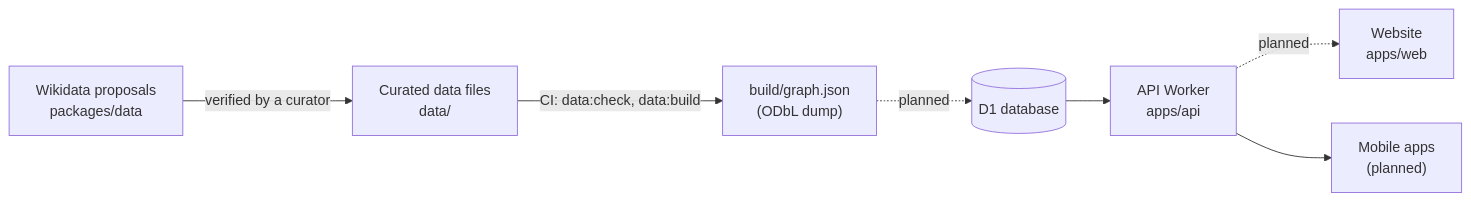
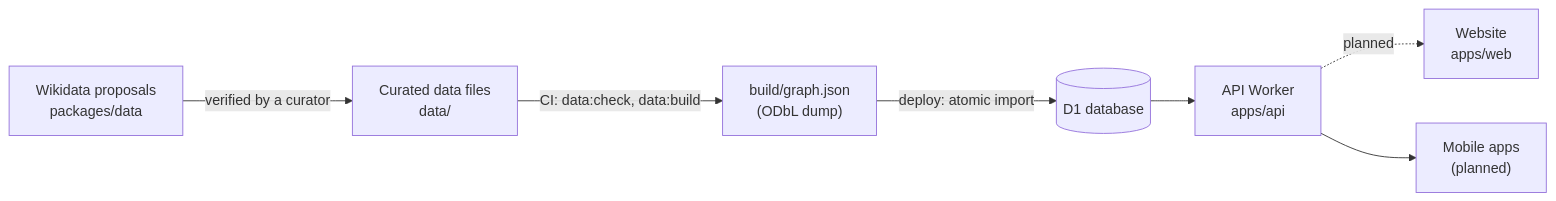
Before and after one commit to areksh/ownerfinder: the diagram in docs/architecture.md, drawn with Mermaid. The commit also changed other lines of this file and 2 other files, not shown here.

````diff
--- a/docs/architecture.md
+++ b/docs/architecture.md
@@ -15,9 +15,9 @@
 ```mermaid
 flowchart LR
   ingest["Wikidata proposals<br/>packages/data"] -->|verified by a curator| data["Curated data files<br/>data/"]
   data -->|CI: data:check, data:build| dump["build/graph.json<br/>(ODbL dump)"]
-  dump -.->|planned| d1[("D1 database")]
+  dump -->|deploy: atomic import| d1[("D1 database")]
   d1 --> api["API Worker<br/>apps/api"]
   api -.->|planned| web["Website<br/>apps/web"]
   api --> mobile["Mobile apps<br/>(planned)"]
 ```
````
